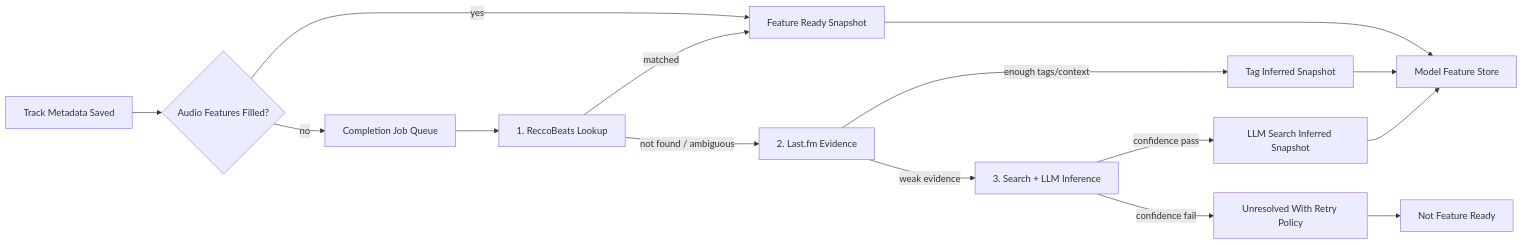
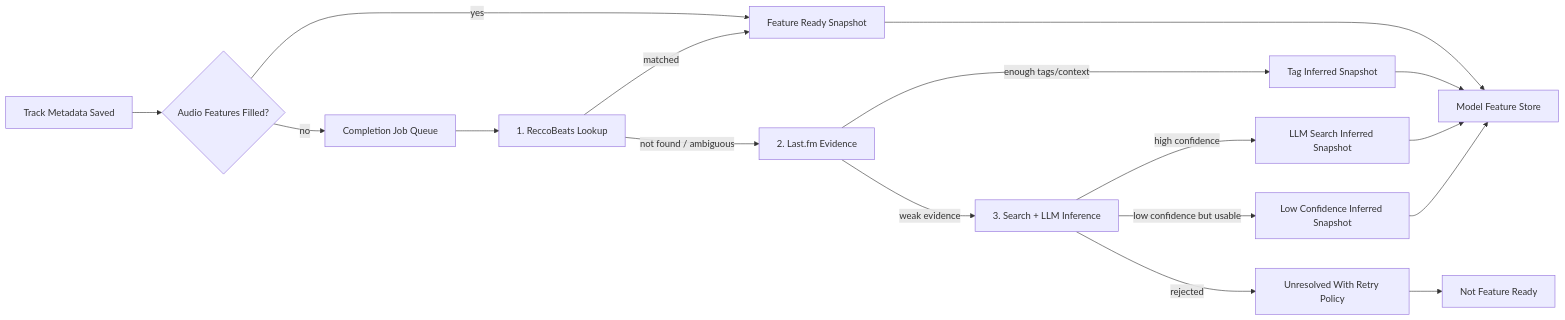
One commit to imorangepie20/my-forever-music-ubuntu changed the first of 2 diagrams in docs/architecture/AUDIO_FEATURE_COMPLETION_AND_HYBRID_PERSONALIZATION_PLAN.md. Above: the diagram before and after it, drawn with Mermaid. The commit also changed other lines of this file and 3 other files, not shown here.

Commit message:
docs: record audio feature confidence tier policy

````diff
--- a/docs/architecture/AUDIO_FEATURE_COMPLETION_AND_HYBRID_PERSONALIZATION_PLAN.md
+++ b/docs/architecture/AUDIO_FEATURE_COMPLETION_AND_HYBRID_PERSONALIZATION_PLAN.md
@@ -89,17 +89,19 @@
 ```mermaid
 flowchart LR
     A[Track Metadata Saved] --> B{Audio Features Filled?}
     B -- yes --> C[Feature Ready Snapshot]
     B -- no --> D[Completion Job Queue]
     D --> E[1. ReccoBeats Lookup]
     E -- matched --> C
     E -- not found / ambiguous --> F[2. Last.fm Evidence]
     F -- enough tags/context --> G[Tag Inferred Snapshot]
     F -- weak evidence --> H[3. Search + LLM Inference]
-    H -- confidence pass --> I[LLM Search Inferred Snapshot]
-    H -- confidence fail --> J[Unresolved With Retry Policy]
+    H -- high confidence --> I[LLM Search Inferred Snapshot]
+    H -- low confidence but usable --> M[Low Confidence Inferred Snapshot]
+    H -- rejected --> J[Unresolved With Retry Policy]
     G --> K[Model Feature Store]
     I --> K
+    M --> K
     C --> K
     J --> L[Not Feature Ready]
 ```
````
